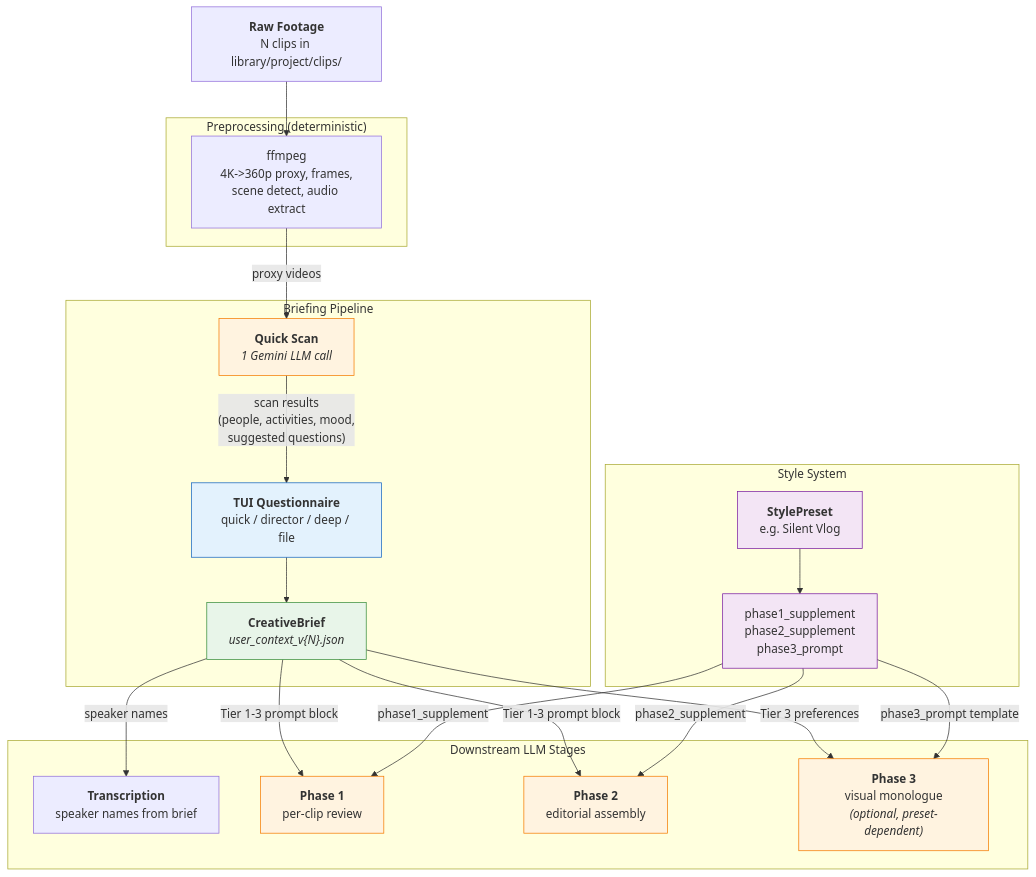
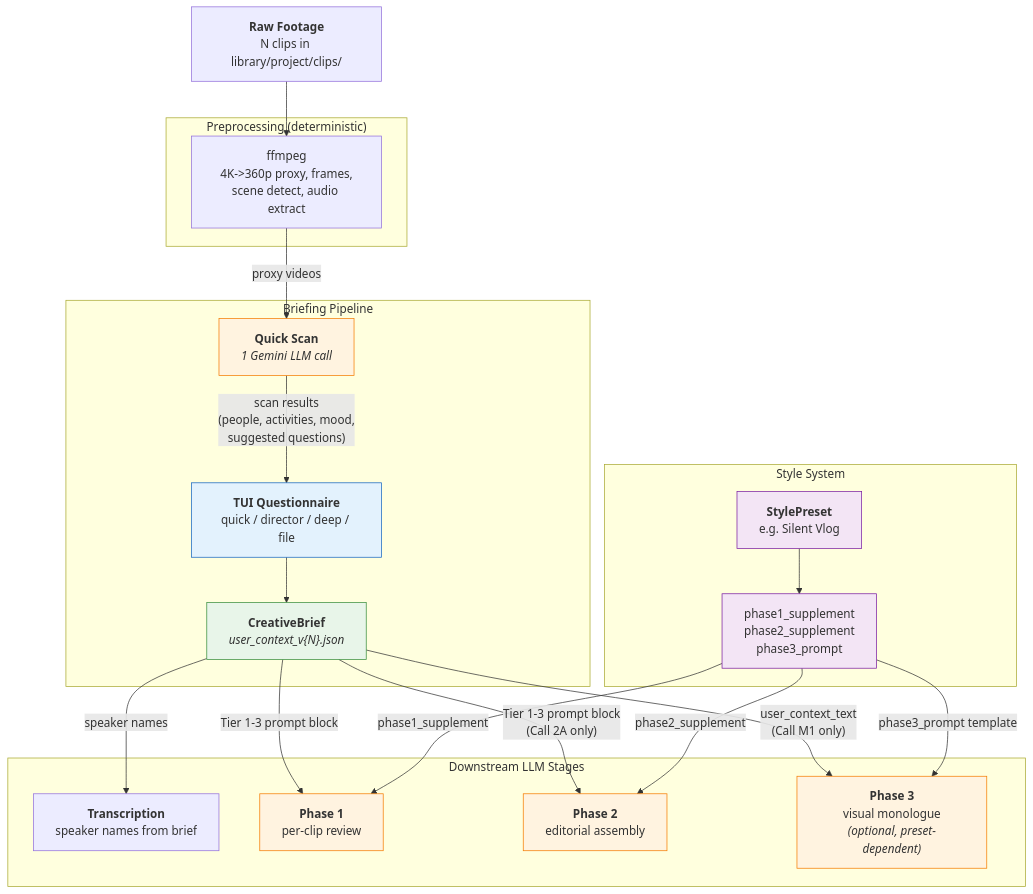
Before and after one commit to MaxCSHan/ai-video-editor: the first of 13 diagrams in docs/design-briefing-and-creative-brief.md, drawn with Mermaid. The commit also changed other lines of this file, not shown here.

First line of the commit message:
Fix hallucinated model names and incorrect data flows in design doc

````diff
--- a/docs/design-briefing-and-creative-brief.md
+++ b/docs/design-briefing-and-creative-brief.md
@@ -11,49 +11,49 @@
 ```mermaid
 graph TD
     RAW["<b>Raw Footage</b><br/>N clips in library/project/clips/"]
 
     subgraph "Preprocessing (deterministic)"
         PP["ffmpeg<br/>4K->360p proxy, frames,<br/>scene detect, audio extract"]
     end
 
     subgraph "Briefing Pipeline"
         QS["<b>Quick Scan</b><br/><i>1 Gemini LLM call</i>"]
         TUI["<b>TUI Questionnaire</b><br/>quick / director / deep / file"]
         CB["<b>CreativeBrief</b><br/><i>user_context_v{N}.json</i>"]
     end
 
     subgraph "Style System"
         SP["<b>StylePreset</b><br/>e.g. Silent Vlog"]
         SUPP["phase1_supplement<br/>phase2_supplement<br/>phase3_prompt"]
     end
 
     subgraph "Downstream LLM Stages"
         TR["<b>Transcription</b><br/>speaker names from brief"]
         P1["<b>Phase 1</b><br/>per-clip review"]
         P2["<b>Phase 2</b><br/>editorial assembly"]
         P3["<b>Phase 3</b><br/>visual monologue<br/><i>(optional, preset-dependent)</i>"]
     end
 
     RAW --> PP
     PP -->|"proxy videos"| QS
     QS -->|"scan results<br/>(people, activities, mood,<br/>suggested questions)"| TUI
     TUI --> CB
     SP --> SUPP
 
     CB -->|"speaker names"| TR
     CB -->|"Tier 1-3 prompt block"| P1
-    CB -->|"Tier 1-3 prompt block"| P2
-    CB -->|"Tier 3 preferences"| P3
+    CB -->|"Tier 1-3 prompt block<br/>(Call 2A only)"| P2
+    CB -->|"user_context_text<br/>(Call M1 only)"| P3
     SUPP -->|"phase1_supplement"| P1
     SUPP -->|"phase2_supplement"| P2
     SUPP -->|"phase3_prompt template"| P3
 
     style QS fill:#fff3e0,stroke:#f57c00
     style TUI fill:#e3f2fd,stroke:#1565c0
     style CB fill:#e8f5e9,stroke:#388e3c
     style SP fill:#f3e5f5,stroke:#7b1fa2
     style SUPP fill:#f3e5f5,stroke:#7b1fa2
     style P1 fill:#fff3e0,stroke:#f57c00
     style P2 fill:#fff3e0,stroke:#f57c00
     style P3 fill:#fff3e0,stroke:#f57c00
 ```
````
